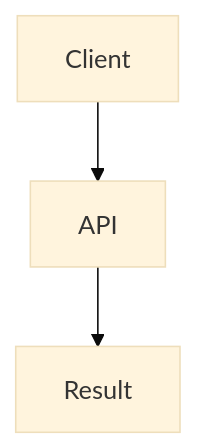
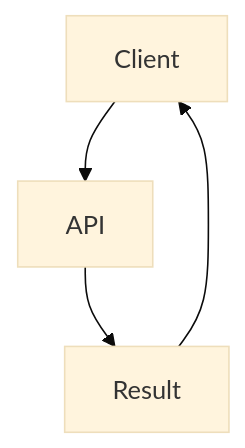
One commit to amal-007-amal/sca-dev changed the diagram in README.md. Above: the diagram before and after it, drawn with Mermaid (base theme).

````diff
--- a/README.md
+++ b/README.md
@@ -10,4 +10,5 @@
 ```mermaid
 graph TD;
     Client-->API-->Result;
+    Result-->Client
 ```
````
